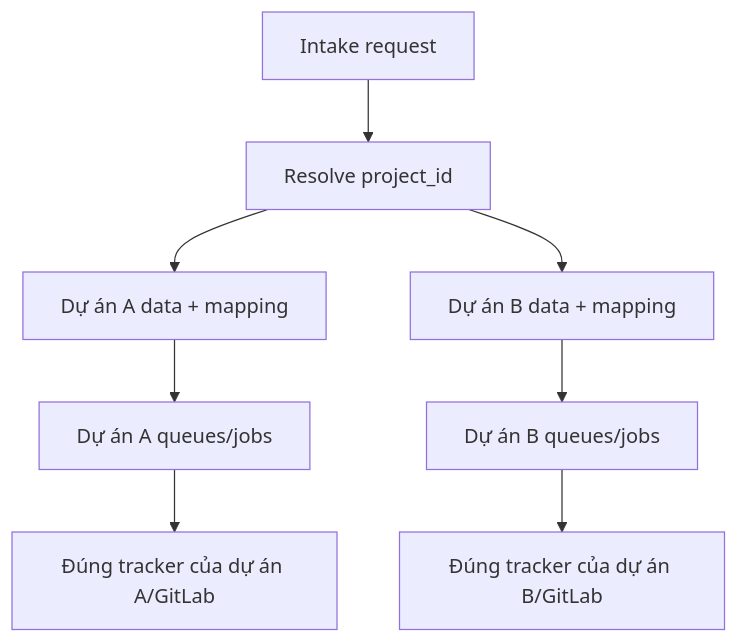
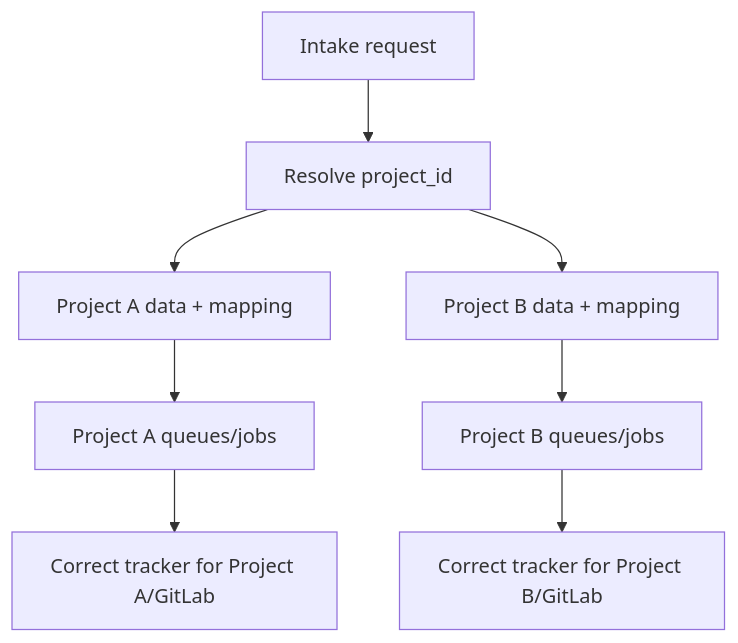
One commit to ZiniSoft/intake changed diagram 11 of 11 in docs/stable/flows.md. Above: the diagram before and after it, drawn with Mermaid. The commit also changed other lines of this file and 70 other files, not shown here.

````diff
--- a/docs/stable/flows.md
+++ b/docs/stable/flows.md
@@ -247,10 +247,10 @@
 ```mermaid
 flowchart TB
     IN[Intake request] --> PID[Resolve project_id]
-    PID --> SAV[Dự án A data + mapping]
-    PID --> KIN[Dự án B data + mapping]
-    SAV --> SQ[Dự án A queues/jobs]
-    KIN --> KQ[Dự án B queues/jobs]
-    SQ --> SG[Đúng tracker của dự án A/GitLab]
-    KQ --> KG[Đúng tracker của dự án B/GitLab]
+    PID --> SAV[Project A data + mapping]
+    PID --> KIN[Project B data + mapping]
+    SAV --> SQ[Project A queues/jobs]
+    KIN --> KQ[Project B queues/jobs]
+    SQ --> SG[Correct tracker for Project A/GitLab]
+    KQ --> KG[Correct tracker for Project B/GitLab]
 ```
````
